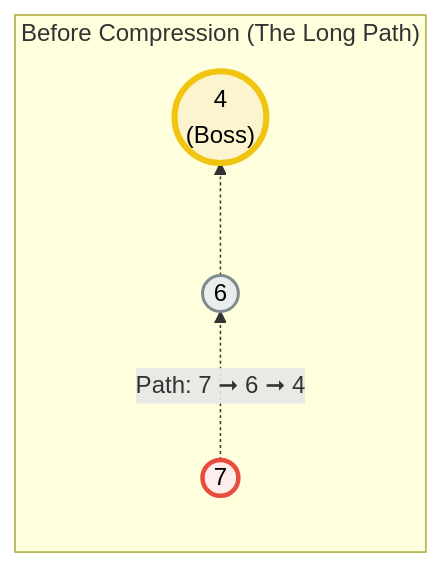
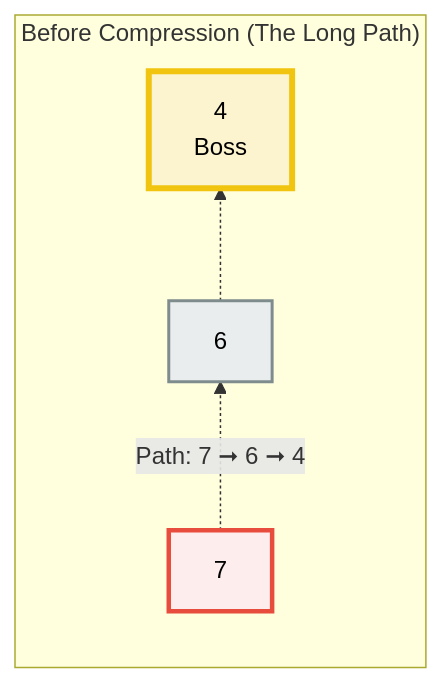
Before and after one commit to muntasir24/DSA_Practice: diagram 19 of 36 in Graph/DSU_README.md, drawn with Mermaid. The commit also changed other lines of this file, not shown here.

````diff
--- a/Graph/DSU_README.md
+++ b/Graph/DSU_README.md
@@ -803,16 +803,16 @@
 ```mermaid
 graph TD
     subgraph Before_Compression__The_Long_Path_ ["Before Compression (The Long Path)"]
         direction BT
-        4(("4<br>(Boss)")):::superBoss
-        6(("6")):::midBoss
-        7(("7")):::targetRed
+        4["4<br>Boss"]:::superBoss
+        6["6"]:::midBoss
+        7["7"]:::targetRed
         
         6 -.-> 4
         7 -. "Path: 7 ➞ 6 ➞ 4" .-> 6
     end
 
     classDef superBoss fill:#FCF3CF,stroke:#F1C40F,stroke-width:4px,color:#000000;
     classDef midBoss fill:#EAEDED,stroke:#7F8C8D,stroke-width:2px,color:#000000;
     classDef targetRed fill:#FDEDEC,stroke:#E74C3C,stroke-width:3px,color:#000000;
 ```
````
